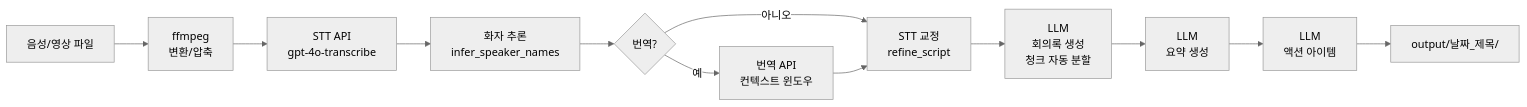
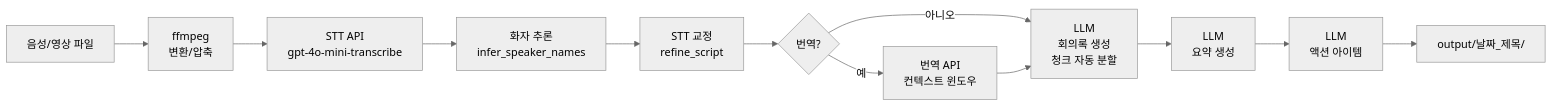
Before and after one commit to areumsim/Meeting_Minutes: the first of 3 diagrams in Readme.md, drawn with Mermaid (neutral theme). The commit also changed other lines of this file and 5 other files, not shown here.

````diff
--- a/Readme.md
+++ b/Readme.md
@@ -310,14 +310,14 @@
 ```mermaid
 flowchart LR
     A[음성/영상 파일] --> B[ffmpeg\n변환/압축]
-    B --> C[STT API\ngpt-4o-transcribe]
+    B --> C[STT API\ngpt-4o-mini-transcribe]
     C --> D[화자 추론\ninfer_speaker_names]
-    D --> E{번역?}
+    D --> G[STT 교정\nrefine_script]
+    G --> E{번역?}
     E -- 예 --> F[번역 API\n컨텍스트 윈도우]
-    E -- 아니오 --> G[STT 교정\nrefine_script]
-    F --> G
-    G --> H[LLM\n회의록 생성\n청크 자동 분할]
+    E -- 아니오 --> H
+    F --> H[LLM\n회의록 생성\n청크 자동 분할]
     H --> I[LLM\n요약 생성]
     I --> J[LLM\n액션 아이템]
     J --> K[output/날짜_제목/]
 ```
````
